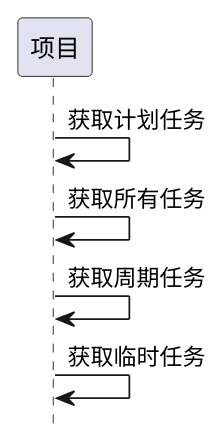
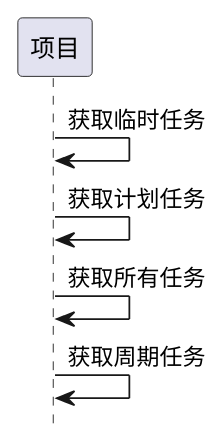
The fifth of 8 diagrams in ibizpms-docs/src/main/doc/v1/module/zentao/Project_old.md (goblinln/iBizPMS), drawn with PlantUML before and after one commit. The commit also changed other lines of this file and 230 other files, not shown here.

```diff
--- a/ibizpms-docs/src/main/doc/v1/module/zentao/Project_old.md
+++ b/ibizpms-docs/src/main/doc/v1/module/zentao/Project_old.md
@@ -332,8 +332,8 @@
 {% plantuml %}
 hide footbox
 
+项目 -> 项目: 获取临时任务
 项目 -> 项目: 获取计划任务
 项目 -> 项目: 获取所有任务
 项目 -> 项目: 获取周期任务
-项目 -> 项目: 获取临时任务
 {% endplantuml %}
```
